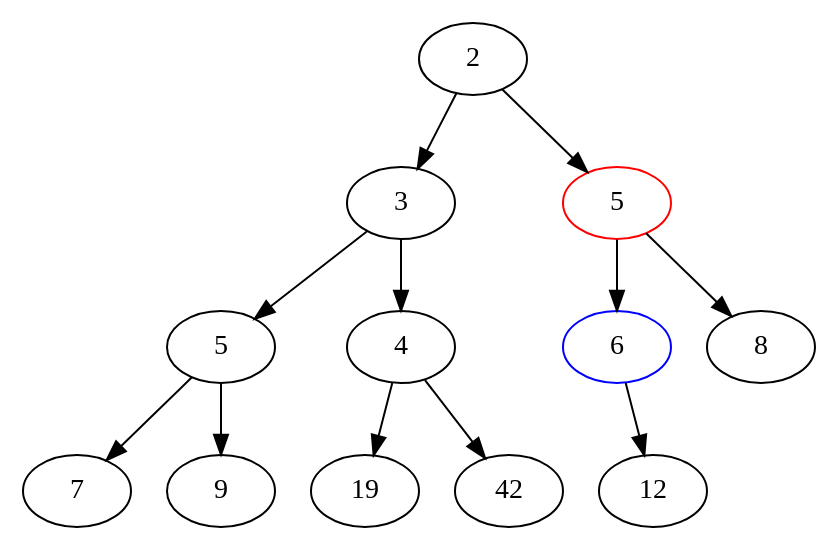
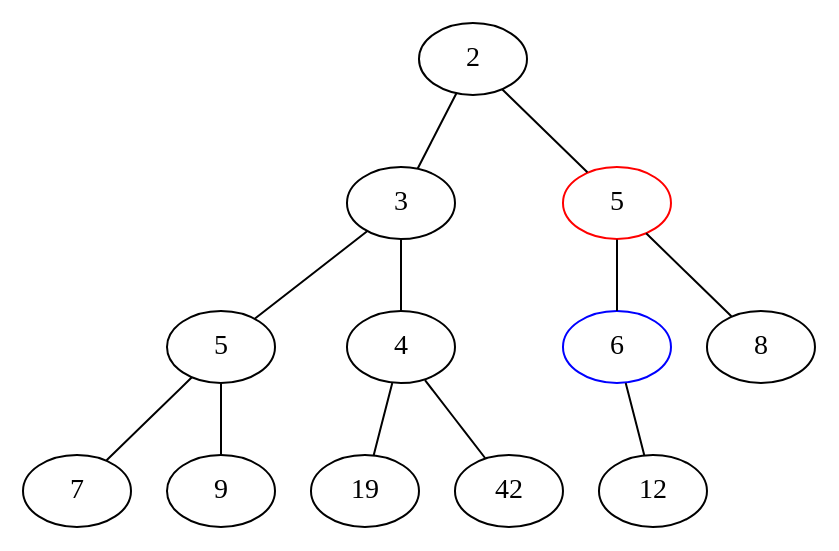
One commit to azolus/dstructOn changed the diagram in heap/assets/heap_insert_2.dot. Above: the diagram before and after it, drawn with Graphviz. The commit also changed 20 other files, not shown here.

Commit message:
docs: change graph edges from arrows to lines

```diff
--- a/heap/assets/heap_insert_2.dot
+++ b/heap/assets/heap_insert_2.dot
@@ -1,16 +1,16 @@
-strict digraph G {
+strict graph G {
 	ordering=out
 	20 [color="red",label="5"]
 	6 [color="blue"]
-	2 -> 3;
-	2 -> 20;
-	3 -> 5;
-	3 -> 4;
-	20 -> 6;
-	20 -> 8;
-	5 -> 7;
-	5 -> 9;
-	4 -> 19;
-	4 -> 42;
-	6 -> 12;
+	2 -- 3;
+	2 -- 20;
+	3 -- 5;
+	3 -- 4;
+	20 -- 6;
+	20 -- 8;
+	5 -- 7;
+	5 -- 9;
+	4 -- 19;
+	4 -- 42;
+	6 -- 12;
 }
```
